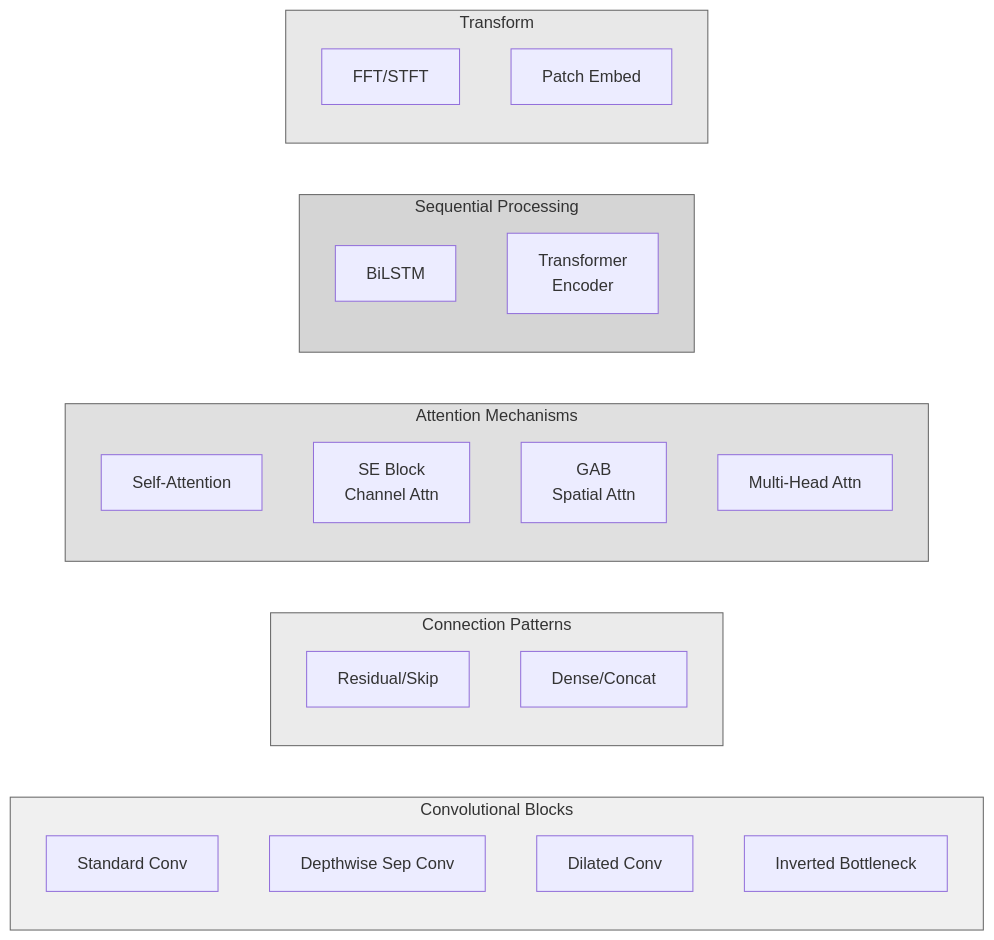
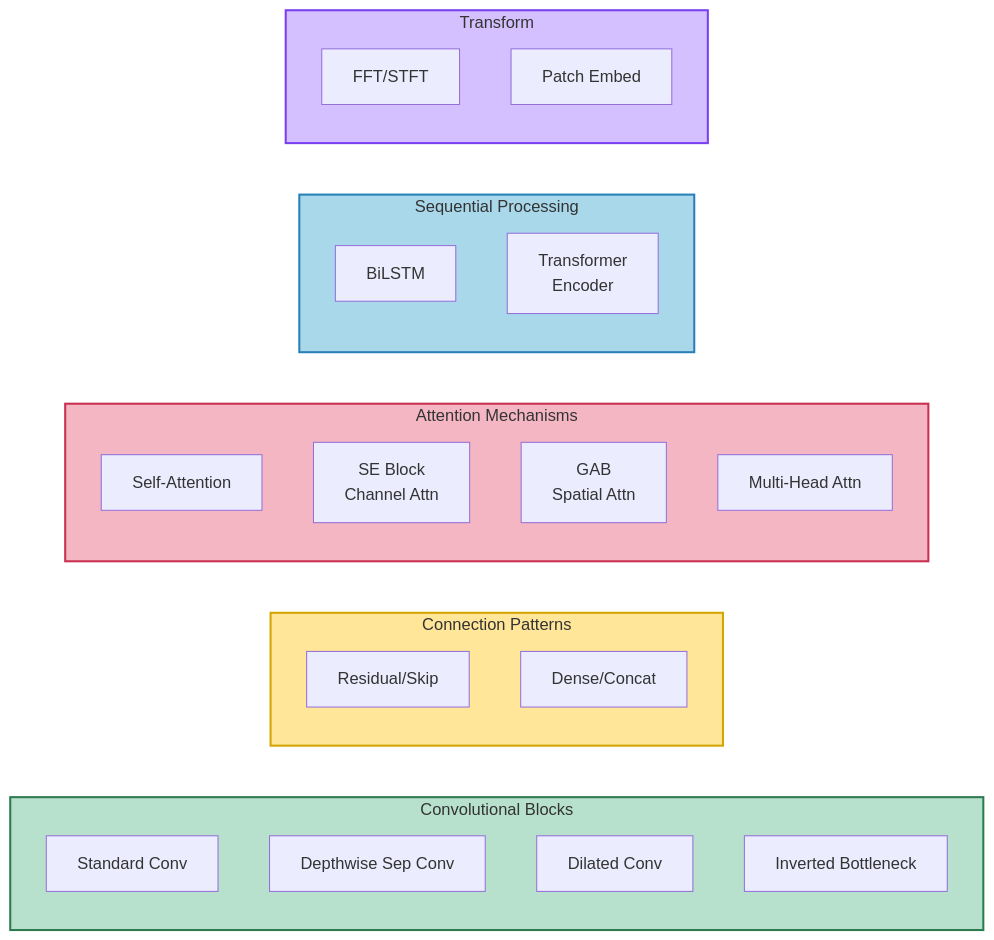
The second of 13 diagrams in models/MODEL_ARCHITECTURES.md (soroosh-tanzadeh/rotary-insight), drawn with Mermaid before and after one commit. The commit also changed other lines of this file and 5 other files, not shown here.

````diff
--- a/models/MODEL_ARCHITECTURES.md
+++ b/models/MODEL_ARCHITECTURES.md
@@ -54,37 +54,37 @@
 ```mermaid
 graph LR
     subgraph Conv[Convolutional Blocks]
         C1[Standard Conv]
         C2[Depthwise Sep Conv]
         C3[Dilated Conv]
         C4[Inverted Bottleneck]
     end
     
     subgraph Conn[Connection Patterns]
         R1[Residual/Skip]
         R2[Dense/Concat]
     end
     
     subgraph Attn[Attention Mechanisms]
         A1[Self-Attention]
         A2[SE Block<br/>Channel Attn]
         A3[GAB<br/>Spatial Attn]
         A4[Multi-Head Attn]
     end
     
     subgraph Seq[Sequential Processing]
         S1[BiLSTM]
         S2[Transformer<br/>Encoder]
     end
     
     subgraph Trans[Transform]
         T1[FFT/STFT]
         T2[Patch Embed]
     end
     
-    style Conv fill:#f0f0f0,stroke:#666
-    style Conn fill:#ebebeb,stroke:#666
-    style Attn fill:#e0e0e0,stroke:#666
-    style Seq fill:#d5d5d5,stroke:#666
-    style Trans fill:#e8e8e8,stroke:#666
+    style Conv fill:#b7e1cd,stroke:#2d7a4f,stroke-width:2px
+    style Conn fill:#ffe699,stroke:#d4a500,stroke-width:2px
+    style Attn fill:#f4b6c2,stroke:#c9304f,stroke-width:2px
+    style Seq fill:#a8d8ea,stroke:#2980b9,stroke-width:2px
+    style Trans fill:#d4bfff,stroke:#7b3ff2,stroke-width:2px
 ```
````
